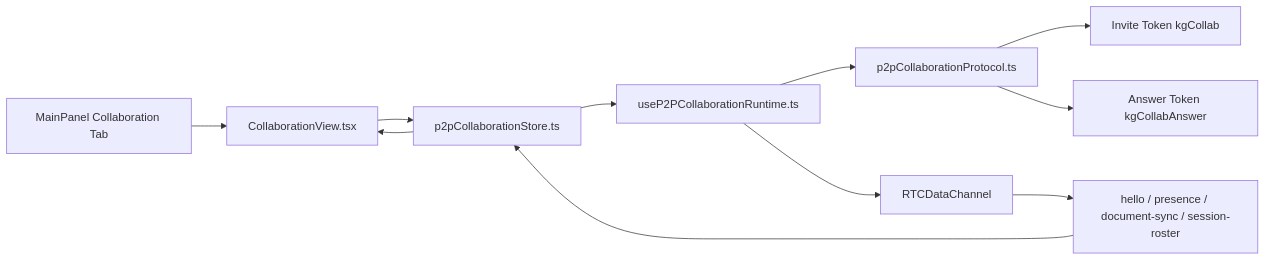
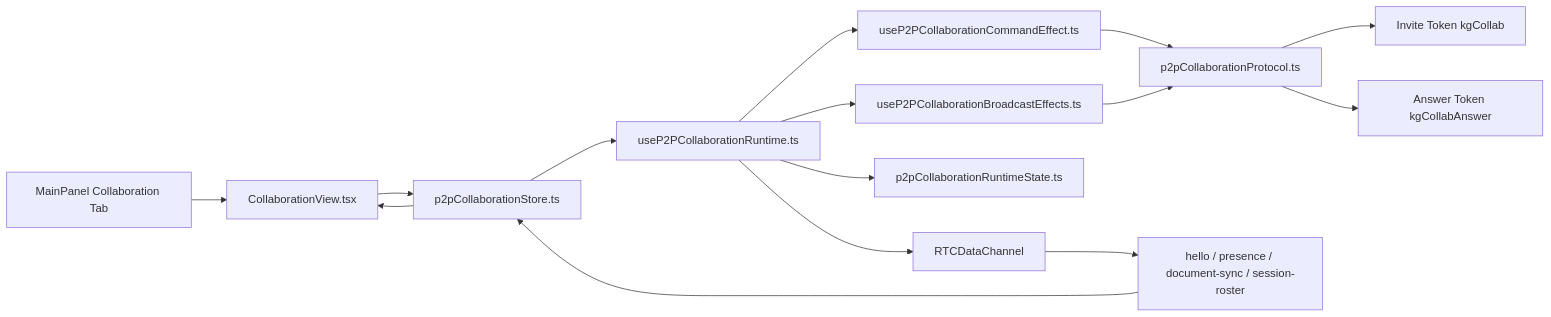
The diagram in docs/documents/knowgrph-multi-user-collaboration-prd.tad.companion.md (huijoohwee/knowgrph), drawn with Mermaid before and after one commit. The commit also changed other lines of this file and 197 other files, not shown here.

Commit message:
feat: update collaboration and workspace publishing flows

````diff
--- a/docs/documents/knowgrph-multi-user-collaboration-prd.tad.companion.md
+++ b/docs/documents/knowgrph-multi-user-collaboration-prd.tad.companion.md
@@ -17,13 +27,17 @@
 ```mermaid
 flowchart LR
     A[MainPanel Collaboration Tab] --> B[CollaborationView.tsx]
     B --> C[p2pCollaborationStore.ts]
     C --> D[useP2PCollaborationRuntime.ts]
-    D --> E[p2pCollaborationProtocol.ts]
-    E --> F[Invite Token kgCollab]
-    E --> G[Answer Token kgCollabAnswer]
-    D --> H[RTCDataChannel]
-    H --> I[hello / presence / document-sync / session-roster]
-    I --> C
+    D --> E[useP2PCollaborationCommandEffect.ts]
+    D --> F[useP2PCollaborationBroadcastEffects.ts]
+    D --> G[p2pCollaborationRuntimeState.ts]
+    E --> H[p2pCollaborationProtocol.ts]
+    F --> H
+    H --> I[Invite Token kgCollab]
+    H --> J[Answer Token kgCollabAnswer]
+    D --> K[RTCDataChannel]
+    K --> L[hello / presence / document-sync / session-roster]
+    L --> C
     C --> B
 ```
````
